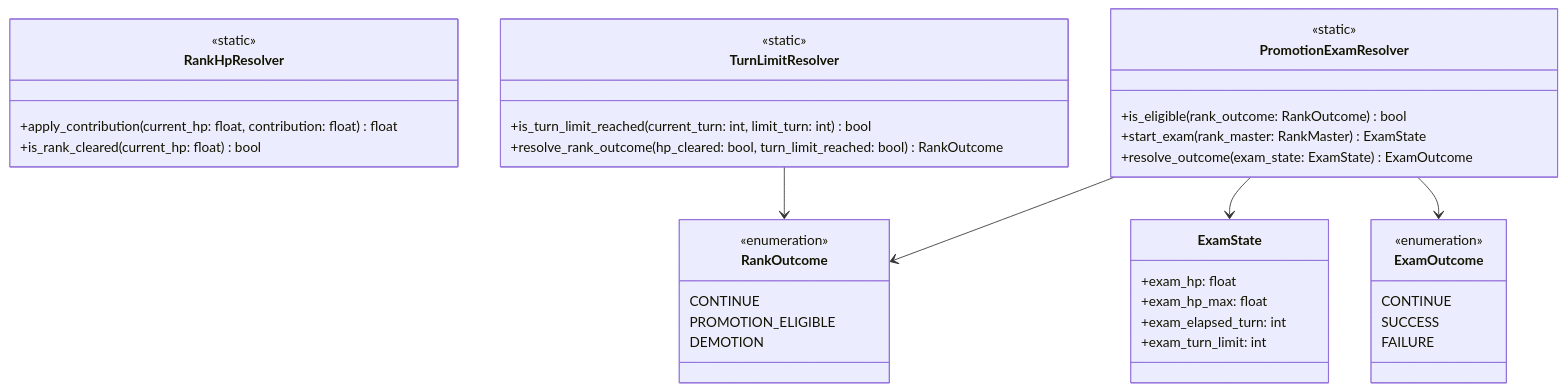
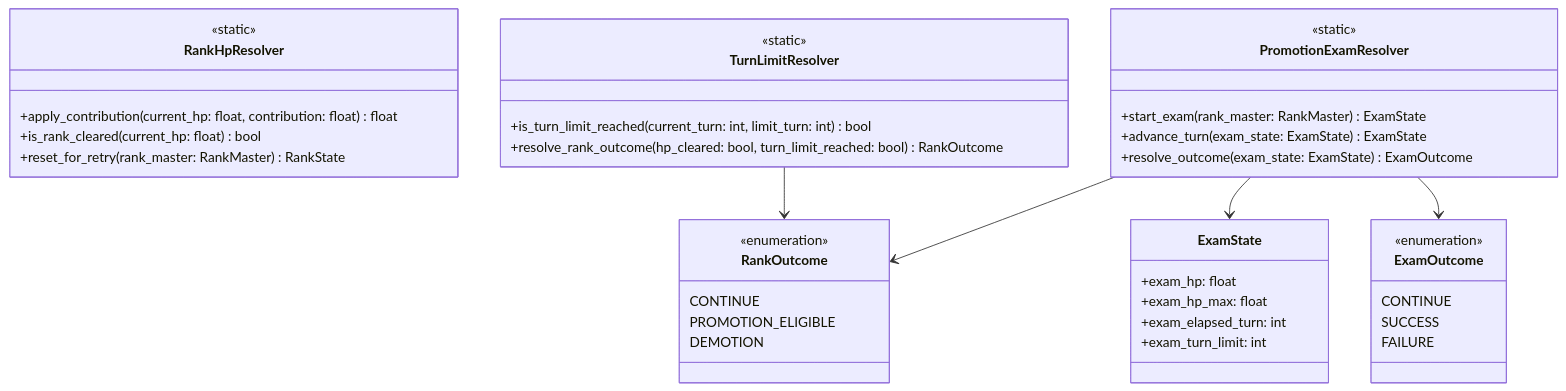
Before and after one commit to yaguma/alchemy-atelier: the fifth of 6 diagrams in docs/design/atelier-alchemy-core/core-systems.md, drawn with Mermaid. The commit also changed other lines of this file and 12 other files, not shown here.

````diff
--- a/docs/design/atelier-alchemy-core/core-systems.md
+++ b/docs/design/atelier-alchemy-core/core-systems.md
@@ -234,42 +254,43 @@
 ```mermaid
 classDiagram
     class RankHpResolver {
         <<static>>
         +apply_contribution(current_hp: float, contribution: float) float
         +is_rank_cleared(current_hp: float) bool
+        +reset_for_retry(rank_master: RankMaster) RankState
     }
     class TurnLimitResolver {
         <<static>>
         +is_turn_limit_reached(current_turn: int, limit_turn: int) bool
         +resolve_rank_outcome(hp_cleared: bool, turn_limit_reached: bool) RankOutcome
     }
     class PromotionExamResolver {
         <<static>>
-        +is_eligible(rank_outcome: RankOutcome) bool
         +start_exam(rank_master: RankMaster) ExamState
+        +advance_turn(exam_state: ExamState) ExamState
         +resolve_outcome(exam_state: ExamState) ExamOutcome
     }
     class ExamState {
         +exam_hp: float
         +exam_hp_max: float
         +exam_elapsed_turn: int
         +exam_turn_limit: int
     }
     class ExamOutcome {
         <<enumeration>>
         CONTINUE
         SUCCESS
         FAILURE
     }
     class RankOutcome {
         <<enumeration>>
         CONTINUE
         PROMOTION_ELIGIBLE
         DEMOTION
     }
 
     TurnLimitResolver --> RankOutcome
     PromotionExamResolver --> RankOutcome
     PromotionExamResolver --> ExamState
     PromotionExamResolver --> ExamOutcome
 ```
````
